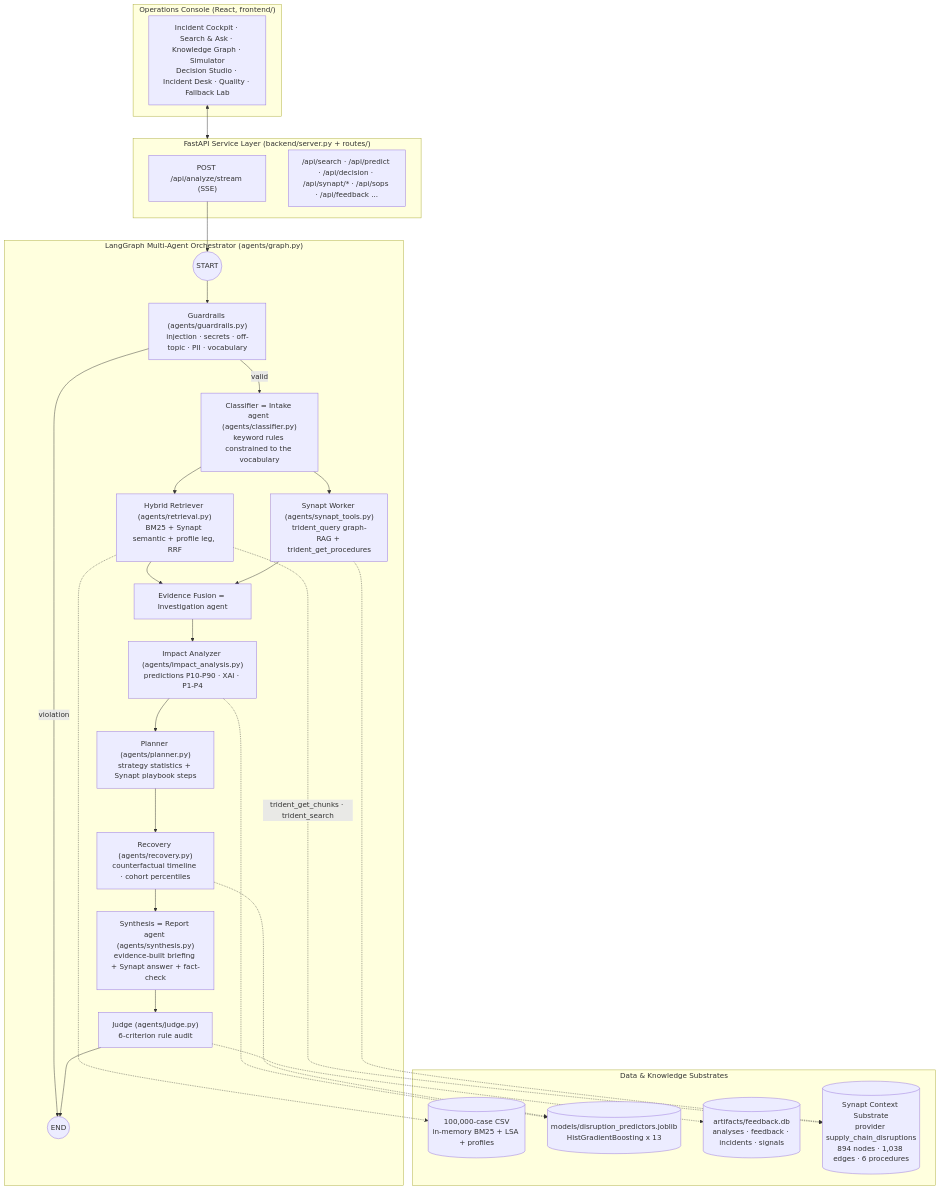
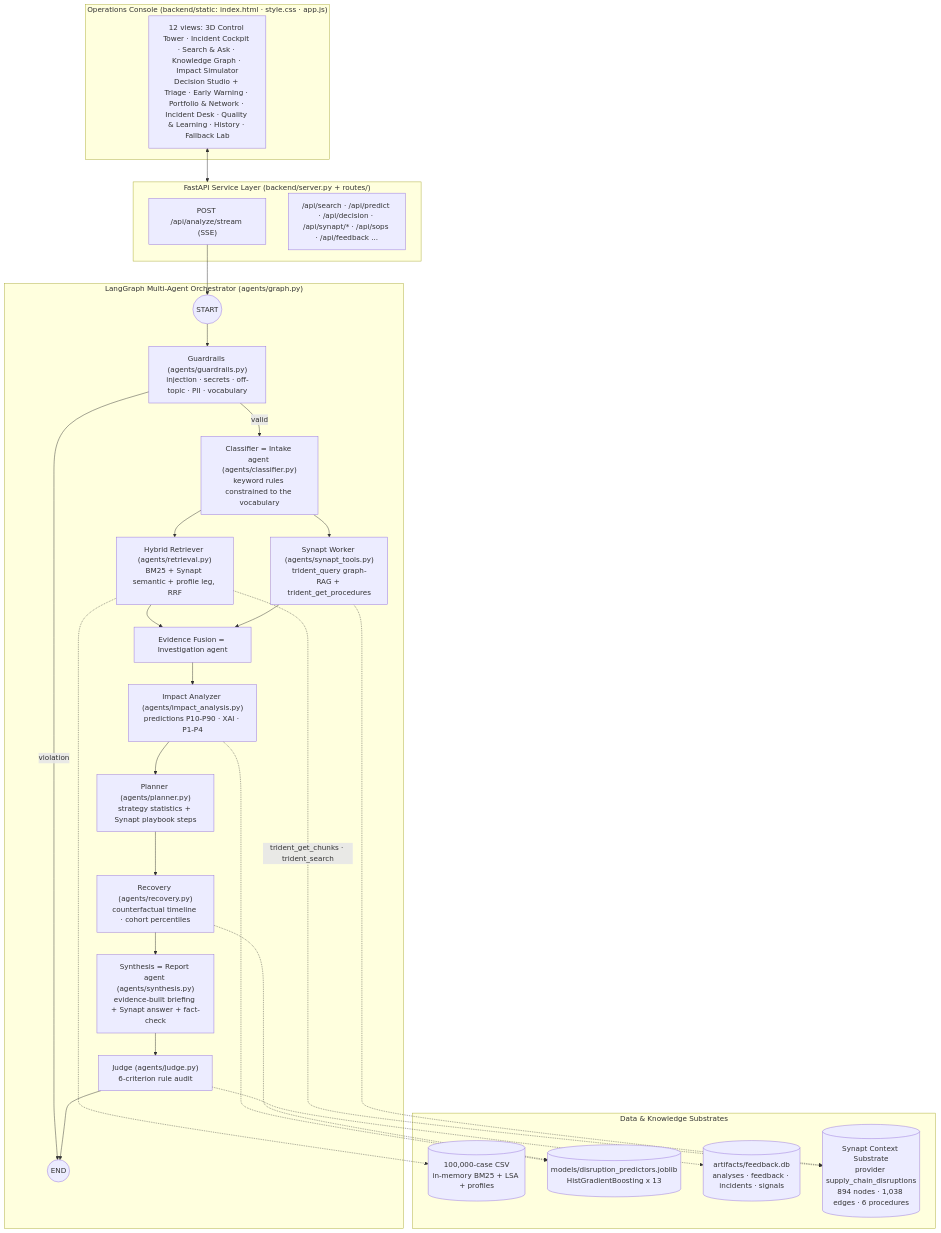
Before and after one commit to Revanth2074/SupplyChain: the second of 2 diagrams in documentation/ARCHITECTURE.md, drawn with Mermaid. The commit also changed other lines of this file and 28 other files, not shown here.

````diff
--- a/documentation/ARCHITECTURE.md
+++ b/documentation/ARCHITECTURE.md
@@ -76,50 +76,50 @@
 ```mermaid
 flowchart TD
-    subgraph Client_Layer ["Operations Console (React, frontend/)"]
-        UI["Incident Cockpit · Search & Ask · Knowledge Graph · Simulator<br/>Decision Studio · Incident Desk · Quality · Fallback Lab"]
+    subgraph Client_Layer ["Operations Console (backend/static: index.html · style.css · app.js)"]
+        UI["12 views: 3D Control Tower · Incident Cockpit · Search & Ask · Knowledge Graph · Impact Simulator<br/>Decision Studio + Triage · Early Warning · Portfolio & Network · Incident Desk · Quality & Learning · History · Fallback Lab"]
     end
 
     subgraph Service_Layer ["FastAPI Service Layer (backend/server.py + routes/)"]
         API_STREAM["POST /api/analyze/stream (SSE)"]
         API_OTHER["/api/search · /api/predict · /api/decision · /api/synapt/* · /api/sops · /api/feedback ..."]
     end
 
     subgraph Orchestration_Layer ["LangGraph Multi-Agent Orchestrator (agents/graph.py)"]
         START((START))
         GUARD["Guardrails (agents/guardrails.py)<br/>injection · secrets · off-topic · PII · vocabulary"]
         CLS["Classifier = Intake agent (agents/classifier.py)<br/>keyword rules constrained to the vocabulary"]
         HYB["Hybrid Retriever (agents/retrieval.py)<br/>BM25 + Synapt semantic + profile leg, RRF"]
         SYN["Synapt Worker (agents/synapt_tools.py)<br/>trident_query graph-RAG + trident_get_procedures"]
         FUSE["Evidence Fusion = Investigation agent"]
         IMP["Impact Analyzer (agents/impact_analysis.py)<br/>predictions P10-P90 · XAI · P1-P4"]
         PLAN["Planner (agents/planner.py)<br/>strategy statistics + Synapt playbook steps"]
         REC["Recovery (agents/recovery.py)<br/>counterfactual timeline · cohort percentiles"]
         SYNTH["Synthesis = Report agent (agents/synthesis.py)<br/>evidence-built briefing + Synapt answer + fact-check"]
         JUDGE["Judge (agents/judge.py)<br/>6-criterion rule audit"]
         FINISH((END))
     end
 
     subgraph Storage_Layer ["Data & Knowledge Substrates"]
         DATA[("100,000-case CSV<br/>in-memory BM25 + LSA + profiles")]
         MODELS[("models/disruption_predictors.joblib<br/>HistGradientBoosting x 13")]
         SQL[("artifacts/feedback.db<br/>analyses · feedback · incidents · signals")]
         SUB[("Synapt Context Substrate<br/>provider supply_chain_disruptions<br/>894 nodes · 1,038 edges · 6 procedures")]
     end
 
     UI <--> Service_Layer
     API_STREAM --> START
     START --> GUARD
     GUARD -->|valid| CLS
     GUARD -->|violation| FINISH
     CLS --> HYB & SYN
     HYB --> FUSE
     SYN --> FUSE
     FUSE --> IMP --> PLAN --> REC --> SYNTH --> JUDGE --> FINISH
 
     HYB -.-> DATA
     HYB -.->|trident_get_chunks · trident_search| SUB
     SYN -.-> SUB
     IMP -.-> MODELS
     REC -.-> MODELS
     JUDGE -.-> SQL
 ```
````
